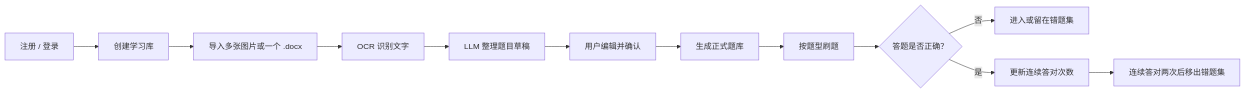
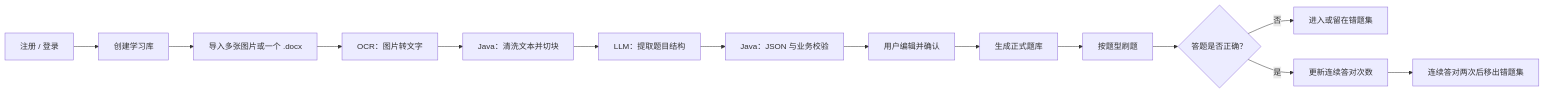
The first of 2 diagrams in README.md (wangyue6970/ai-learning-platform), drawn with Mermaid before and after one commit. The commit also changed other lines of this file and 3 other files, not shown here.

````diff
--- a/README.md
+++ b/README.md
@@ -15,14 +15,16 @@
 ```mermaid
 flowchart LR
     A[注册 / 登录] --> B[创建学习库]
     B --> C[导入多张图片或一个 .docx]
-    C --> D[OCR 识别文字]
-    D --> E[LLM 整理题目草稿]
-    E --> F[用户编辑并确认]
-    F --> G[生成正式题库]
-    G --> H[按题型刷题]
-    H --> I{答题是否正确？}
-    I -- 否 --> J[进入或留在错题集]
-    I -- 是 --> K[更新连续答对次数]
-    K --> L[连续答对两次后移出错题集]
+    C --> D[OCR：图片转文字]
+    D --> E[Java：清洗文本并切块]
+    E --> F[LLM：提取题目结构]
+    F --> G[Java：JSON 与业务校验]
+    G --> H[用户编辑并确认]
+    H --> J[生成正式题库]
+    J --> K[按题型刷题]
+    K --> L{答题是否正确？}
+    L -- 否 --> M[进入或留在错题集]
+    L -- 是 --> N[更新连续答对次数]
+    N --> O[连续答对两次后移出错题集]
 ```
````
